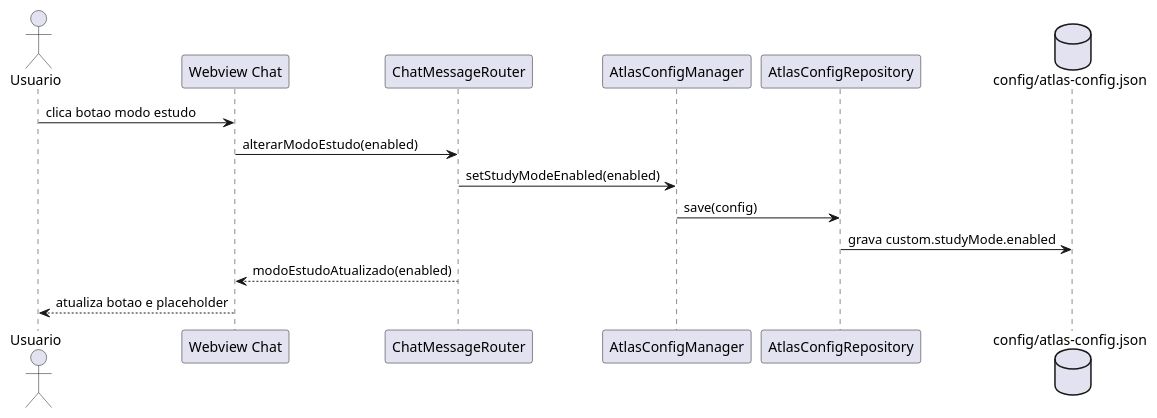
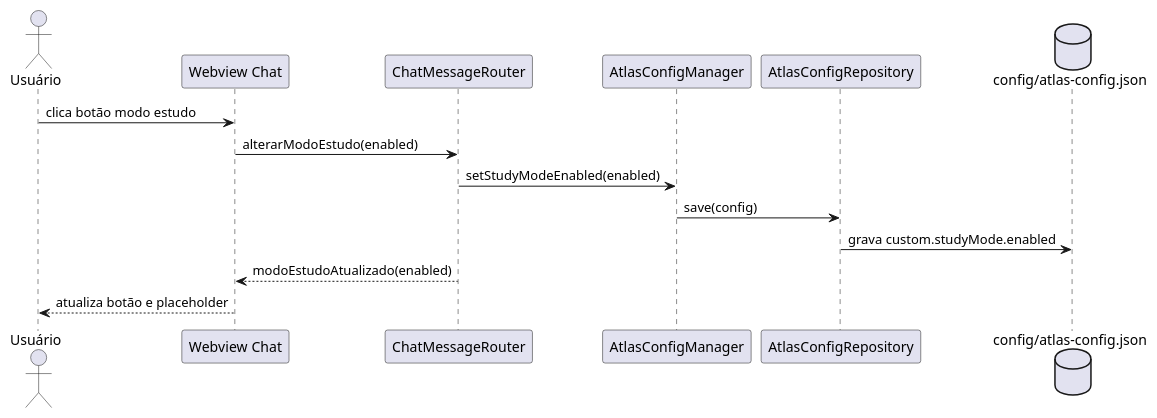
Before and after one commit to JVictorVI/ATLAS: the eighth of 38 diagrams in docs/plantuml-diagramas-por-caso-de-uso-atlas.md, drawn with PlantUML. The commit also changed other lines of this file and 5 other files, not shown here.

Commit message:
Atualiza diagramas e casos de uso

````diff
--- a/docs/plantuml-diagramas-por-caso-de-uso-atlas.md
+++ b/docs/plantuml-diagramas-por-caso-de-uso-atlas.md
@@ -243,19 +249,19 @@
 ```plantuml
 @startuml
 skinparam shadowing false
-actor Usuario
+actor Usuário
 participant "Webview Chat" as Webview
 participant ChatMessageRouter as Router
-participant AtlasConfigManager as ConfigManager
+participant AtlasConfigManager as Config
 participant AtlasConfigRepository as Repository
 database "config/atlas-config.json" as ConfigFile
 
-Usuario -> Webview : clica botao modo estudo
+Usuário -> Webview : clica botão modo estudo
 Webview -> Router : alterarModoEstudo(enabled)
-Router -> ConfigManager : setStudyModeEnabled(enabled)
-ConfigManager -> Repository : save(config)
+Router -> Config : setStudyModeEnabled(enabled)
+Config -> Repository : save(config)
 Repository -> ConfigFile : grava custom.studyMode.enabled
 Router --> Webview : modoEstudoAtualizado(enabled)
-Webview --> Usuario : atualiza botao e placeholder
+Webview --> Usuário : atualiza botão e placeholder
 @enduml
 ```
````
